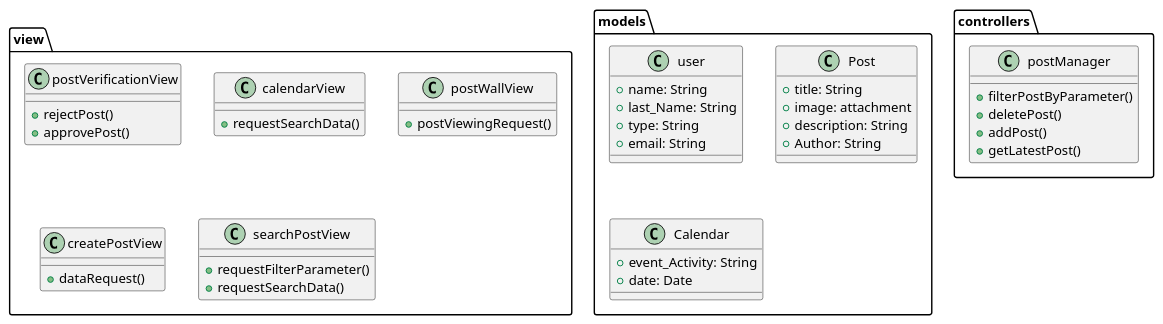
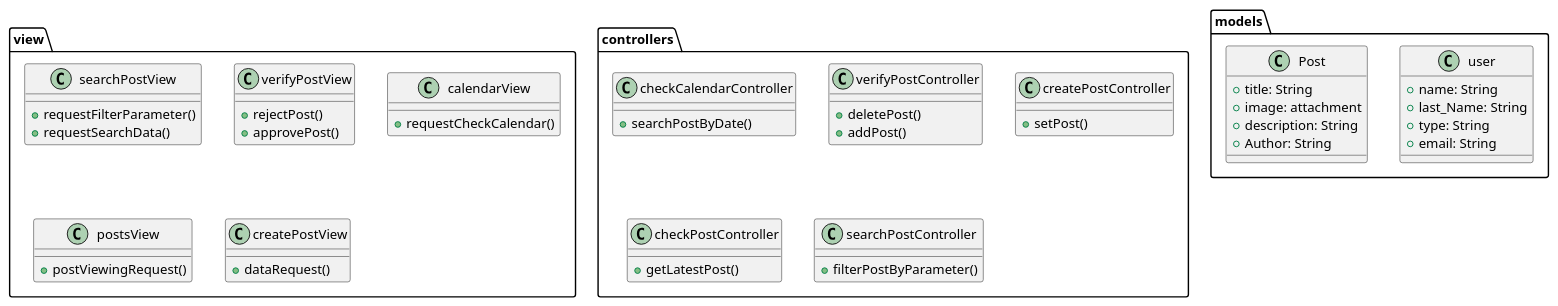
Before and after one commit to Dayannis-07/ING_SOFT: the diagram in docs/scenariosView/packageDiagramDescreption.plantuml, drawn with PlantUML. The commit also changed 7 other files, not shown here.

```diff
--- a/docs/scenariosView/packageDiagramDescreption.plantuml
+++ b/docs/scenariosView/packageDiagramDescreption.plantuml
@@ -1,56 +1,62 @@
 @startuml packageDiagramDescription
 
 allowmixing
 
 package view <<Folder>> {
-    class postVerificationView{
-        +rejectPost()
-        +approvePost()
-    }
-    class calendarView{
-        +requestSearchData()
-    }
-
-    class postWallView{
-        +postViewingRequest()
-    }
-    class createPostView{
-        +dataRequest()
-    }
     class searchPostView{
   +requestFilterParameter()
   +requestSearchData()
-    }
+}
+class verifyPostView{
++rejectPost()
++approvePost()
+}
+class calendarView{
++requestCheckCalendar()
+}
+class postsView{
+  +postViewingRequest()
+}
+class createPostView{
+ +dataRequest()
+}
 }
    
 
 package controllers <<Folder>> {
-    class postManager{
-+filterPostByParameter()
+ class checkCalendarController{
+  +searchPostByDate()
+}
+class verifyPostController{
 +deletePost()
 +addPost()
+}
+class createPostController{
+  +setPost()
+}
+class checkPostController{
 + getLatestPost()
+}
+class searchPostController{
++filterPostByParameter()
 }
 }
 
 package models <<Folder>> {
     class user{
         +name: String
         +last_Name: String
         +type: String
         +email: String
     }
     class Post{
         +title: String
         +image: attachment
         +description: String
         + Author: String
-    }
-    class Calendar{
-        +event_Activity: String
-        +date: Date
-    }
+    
+}
 }
 
 
 @enduml
```
